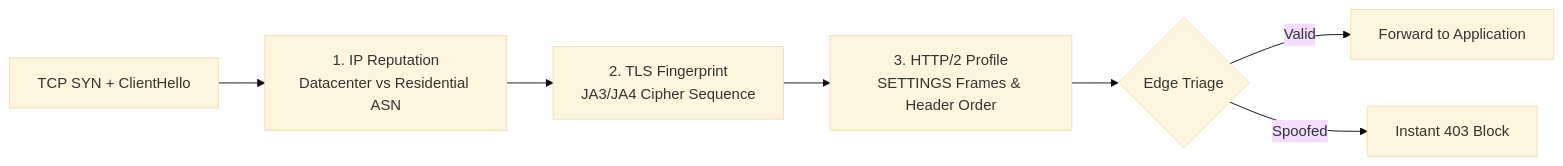
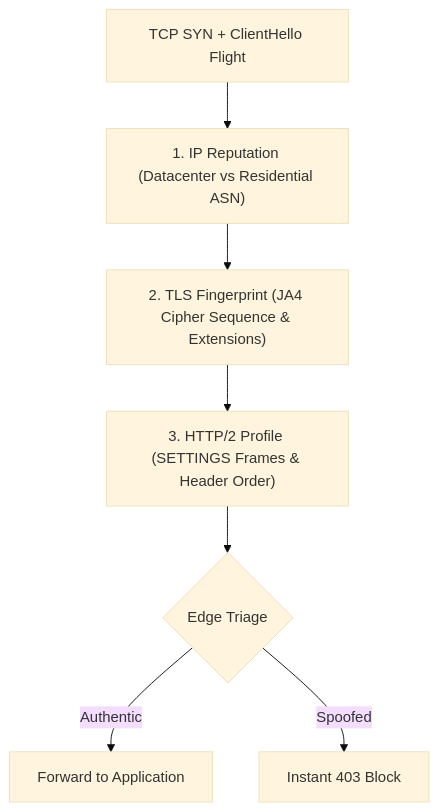
Before and after one commit to naimurhasan/naimurhasan.github.io: the second of 3 diagrams in _posts/2026-10-19-how-modern-bot-detection-systems-actually-work.md, drawn with Mermaid (base theme). The commit also changed other lines of this file and 28 other files, not shown here.

Commit message:
fix(blog): refactor all Mermaid diagrams to vertical legible layouts and restore in-body illustrations

````diff
--- a/_posts/2026-10-19-how-modern-bot-detection-systems-actually-work.md
+++ b/_posts/2026-10-19-how-modern-bot-detection-systems-actually-work.md
@@ -42,9 +43,9 @@
 ```mermaid
-flowchart LR
-  Packet["TCP SYN + ClientHello"] --> IP["1. IP Reputation<br/>Datacenter vs Residential ASN"]
-  IP --> TLS["2. TLS Fingerprint<br/>JA3/JA4 Cipher Sequence"]
-  TLS --> H2["3. HTTP/2 Profile<br/>SETTINGS Frames & Header Order"]
-  H2 --> Verdict{"Edge Triage"}
-  Verdict -- "Valid" --> Origin["Forward to Application"]
-  Verdict -- "Spoofed" --> Drop["Instant 403 Block"]
+flowchart TD
+  Packet["TCP SYN + ClientHello Flight"] --> S1["1. IP Reputation (Datacenter vs Residential ASN)"]
+  S1 --> S2["2. TLS Fingerprint (JA4 Cipher Sequence & Extensions)"]
+  S2 --> S3["3. HTTP/2 Profile (SETTINGS Frames & Header Order)"]
+  S3 --> Triage{"Edge Triage"}
+  Triage -- "Authentic" --> Forward["Forward to Application"]
+  Triage -- "Spoofed" --> Drop["Instant 403 Block"]
 ```
````
